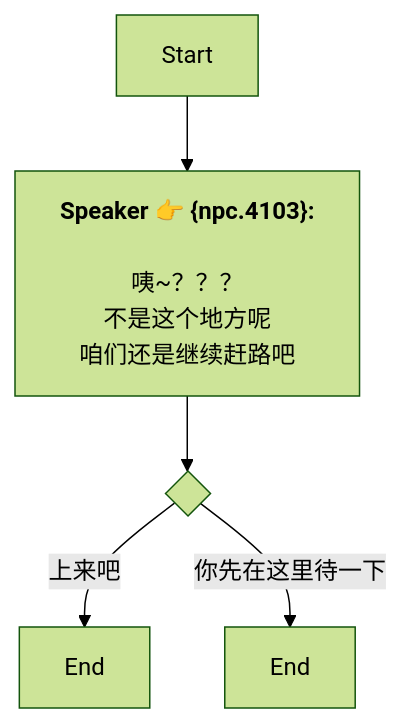
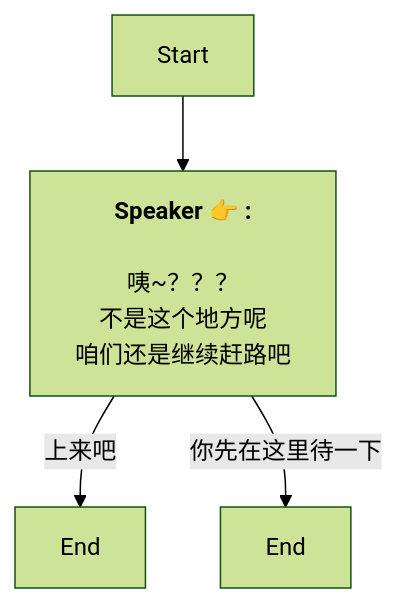
The diagram in Zh/QuestStartTalkENode_1741442307334371.md (SoftHu/tos_avg), drawn with Mermaid (forest theme) before and after one commit. The commit also changed 737 other files, not shown here.

````diff
--- a/Zh/QuestStartTalkENode_1741442307334371.md
+++ b/Zh/QuestStartTalkENode_1741442307334371.md
@@ -1,12 +1,8 @@
 ```mermaid
 graph
-Start -->1741442449087714[<b>Speaker 👉 &lbrace;npc.4103&rbrace;:</b>
+Start -->1741442449087714[<b>Speaker 👉 :</b>
+\n咦~？？？\n不是这个地方呢\n咱们还是继续赶路吧]
+1741442449087714 -->|上来吧|1741442581405923[End]
+1741442449087714 -->|你先在这里待一下|1741443843541225[End]
 
-咦~？？？
-不是这个地方呢
-咱们还是继续赶路吧]
-1741442449087714 -->1741443793406180{ }
-1741443793406180 -->|上来吧|1741442581405923[End]
-1741443793406180 -->|你先在这里待一下|1741443843541225[End]
-
- ```
+```
````
